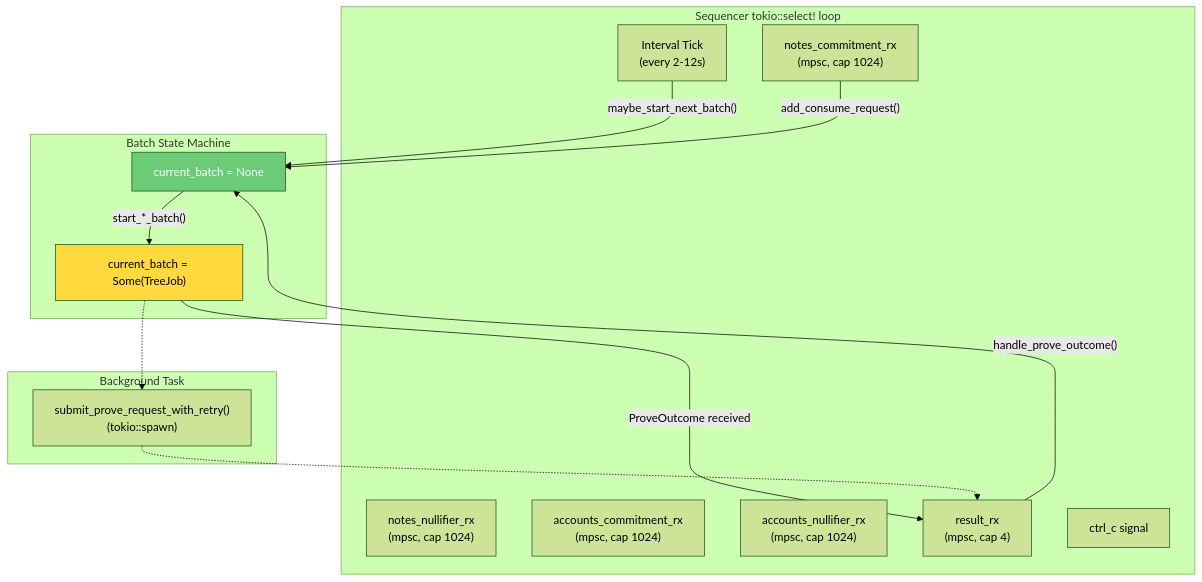
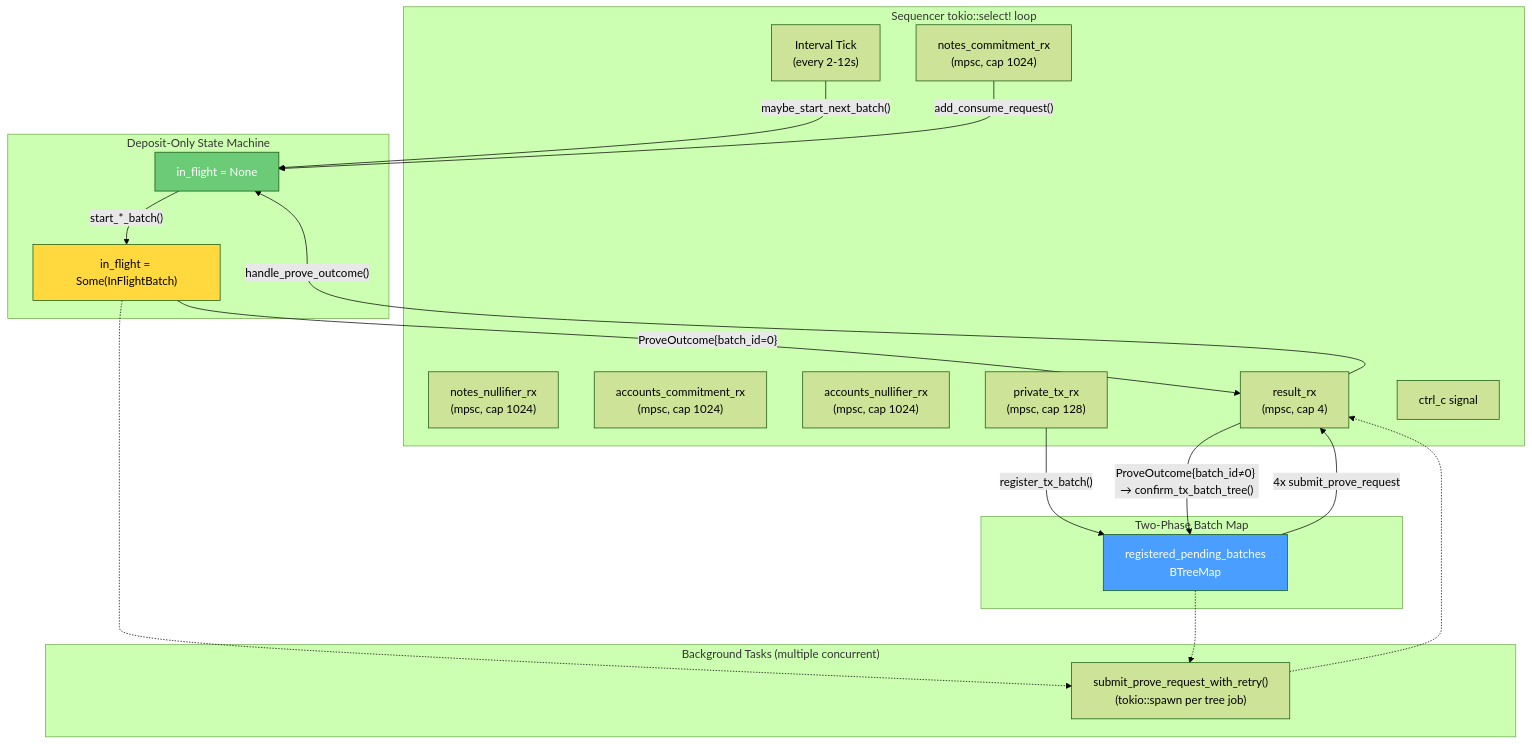
The first of 3 diagrams in docs/architecture/10-concurrency-model.md (phantomzone-org/Doxa), drawn with Mermaid (forest theme) before and after one commit. The commit also changed other lines of this file and 24 other files, not shown here.

````diff
--- a/docs/architecture/10-concurrency-model.md
+++ b/docs/architecture/10-concurrency-model.md
@@ -7,33 +7,44 @@
 ```mermaid
 graph TB
     subgraph "Sequencer tokio::select! loop"
         TICK["Interval Tick<br/>(every 2-12s)"]
         NC_RX["notes_commitment_rx<br/>(mpsc, cap 1024)"]
         NN_RX["notes_nullifier_rx<br/>(mpsc, cap 1024)"]
         AC_RX["accounts_commitment_rx<br/>(mpsc, cap 1024)"]
         AN_RX["accounts_nullifier_rx<br/>(mpsc, cap 1024)"]
+        PTX_RX["private_tx_rx<br/>(mpsc, cap 128)"]
         RES_RX["result_rx<br/>(mpsc, cap 4)"]
         CTRLC["ctrl_c signal"]
     end
 
-    subgraph "Batch State Machine"
-        IDLE["current_batch = None"]
-        INFLIGHT["current_batch = Some(TreeJob)"]
+    subgraph "Deposit-Only State Machine"
+        IDLE["in_flight = None"]
+        INFLIGHT["in_flight = Some(InFlightBatch)"]
+    end
+
+    subgraph "Two-Phase Batch Map"
+        PENDING["registered_pending_batches<br/>BTreeMap<u64, TxBatch>"]
     end
 
     TICK --> |"maybe_start_next_batch()"| IDLE
     NC_RX --> |"add_consume_request()"| IDLE
     IDLE --> |"start_*_batch()"| INFLIGHT
-    INFLIGHT --> |"ProveOutcome received"| RES_RX
+    INFLIGHT --> |"ProveOutcome{batch_id=0}"| RES_RX
     RES_RX --> |"handle_prove_outcome()"| IDLE
 
-    subgraph "Background Task"
-        RETRY["submit_prove_request_with_retry()<br/>(tokio::spawn)"]
+    PTX_RX --> |"register_tx_batch()"| PENDING
+    PENDING --> |"4x submit_prove_request"| RES_RX
+    RES_RX --> |"ProveOutcome{batch_id≠0} → confirm_tx_batch_tree()"| PENDING
+
+    subgraph "Background Tasks (multiple concurrent)"
+        RETRY["submit_prove_request_with_retry()<br/>(tokio::spawn per tree job)"]
     end
 
     INFLIGHT -.-> RETRY
+    PENDING -.-> RETRY
     RETRY -.-> RES_RX
 
     style IDLE fill:#6bcb77,color:#fff
     style INFLIGHT fill:#ffd93d,color:#000
+    style PENDING fill:#4a9eff,color:#fff
 ```
````
